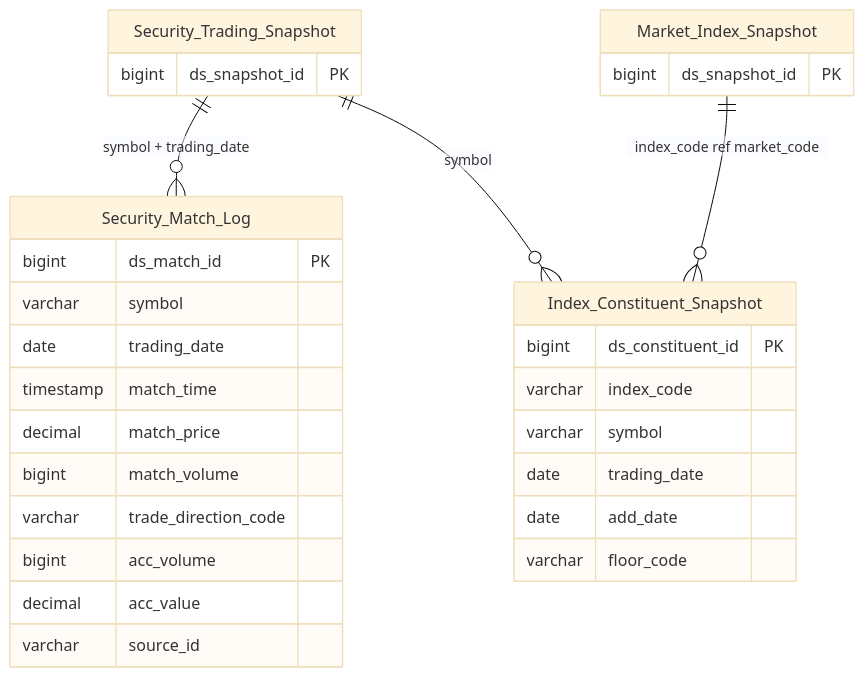
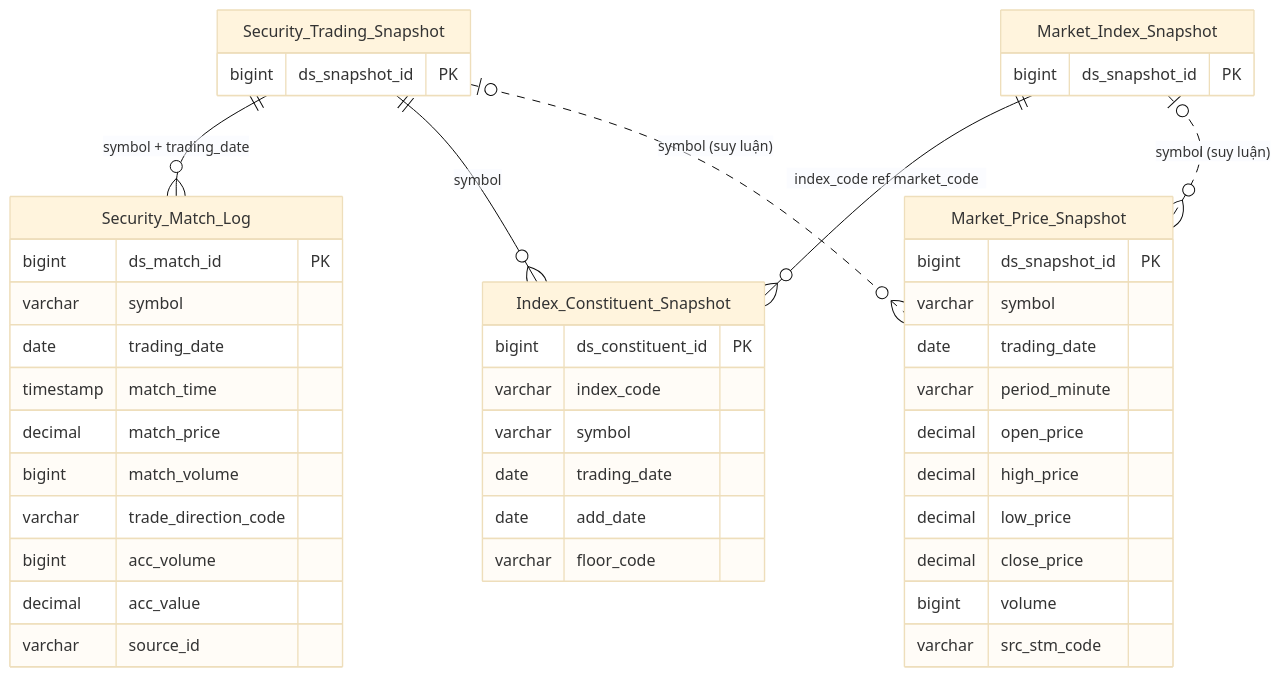
The second of 2 diagrams in DataModel/working/Atomic/hld/MDDS_HLD_Tier2.md (linhlvit/ubck_atomic_design), drawn with Mermaid (base theme) before and after one commit. The commit also changed other lines of this file and 24 other files, not shown here.

````diff
--- a/DataModel/working/Atomic/hld/MDDS_HLD_Tier2.md
+++ b/DataModel/working/Atomic/hld/MDDS_HLD_Tier2.md
@@ -60,36 +89,51 @@
 ```mermaid
 erDiagram
     Security_Trading_Snapshot {
         bigint ds_snapshot_id PK
     }
 
     Market_Index_Snapshot {
         bigint ds_snapshot_id PK
     }
 
     Security_Match_Log {
         bigint ds_match_id PK
         varchar symbol
         date trading_date
         timestamp match_time
         decimal match_price
         bigint match_volume
         varchar trade_direction_code
         bigint acc_volume
         decimal acc_value
         varchar source_id
     }
 
     Index_Constituent_Snapshot {
         bigint ds_constituent_id PK
         varchar index_code
         varchar symbol
         date trading_date
         date add_date
         varchar floor_code
     }
 
+    Market_Price_Snapshot {
+        bigint ds_snapshot_id PK
+        varchar symbol
+        date trading_date
+        varchar period_minute
+        decimal open_price
+        decimal high_price
+        decimal low_price
+        decimal close_price
+        bigint volume
+        varchar src_stm_code
+    }
+
     Security_Trading_Snapshot ||--o{ Security_Match_Log : "symbol + trading_date"
     Market_Index_Snapshot ||--o{ Index_Constituent_Snapshot : "index_code ref market_code"
     Security_Trading_Snapshot ||--o{ Index_Constituent_Snapshot : "symbol"
+    Security_Trading_Snapshot |o..o{ Market_Price_Snapshot : "symbol (suy luận)"
+    Market_Index_Snapshot |o..o{ Market_Price_Snapshot : "symbol (suy luận)"
 ```
````
